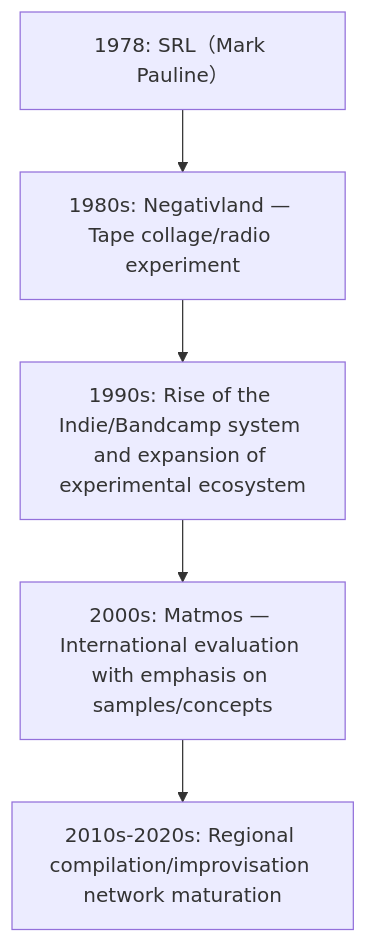
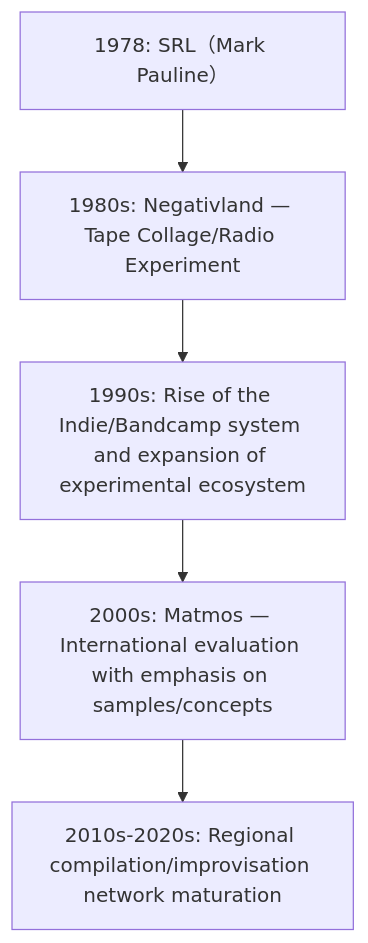
The diagram in en/_posts/2025-10-01-Column-Bay-Area-San-Francisco-Noise.md (monumental-movement/monumental-movement.github.io), drawn with Mermaid before and after one commit. The commit also changed other lines of this file and 528 other files, not shown here.

```diff
--- a/en/_posts/2025-10-01-Column-Bay-Area-San-Francisco-Noise.md
+++ b/en/_posts/2025-10-01-Column-Bay-Area-San-Francisco-Noise.md
@@ -48,7 +48,7 @@
 <div class="mermaid">
 flowchart TD
-    A["1978: SRL（Mark Pauline）"] --> B["1980s: Negativland — Tape collage/radio experiment"]
+    A["1978: SRL（Mark Pauline）"] --> B["1980s: Negativland — Tape Collage/Radio Experiment"]
     B --> C["1990s: Rise of the Indie/Bandcamp system and expansion of experimental ecosystem"]
     C --> D["2000s: Matmos — International evaluation with emphasis on samples/concepts"]
     D --> E["2010s-2020s: Regional compilation/improvisation network maturation"]
 </div>
```
